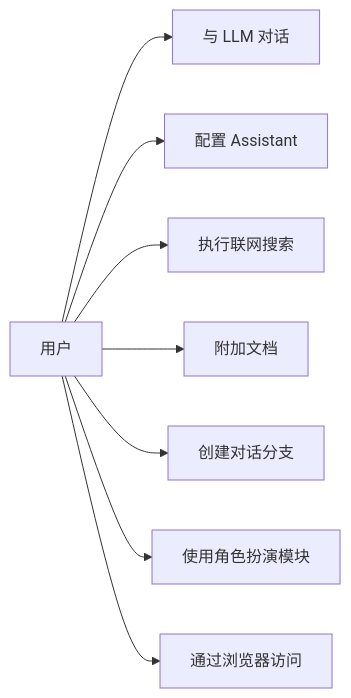
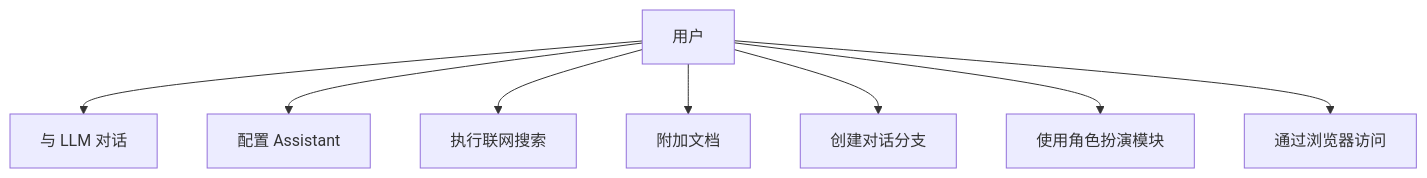
One commit to EterUltimate/EterUee changed the first of 7 diagrams in README_ZH_CN.md. Above: the diagram before and after it, drawn with Mermaid. The commit also changed other lines of this file and 2 other files, not shown here.

Commit message:
docs: make README diagrams GitHub-safe

````diff
--- a/README_ZH_CN.md
+++ b/README_ZH_CN.md
@@ -66,19 +66,19 @@
 ```mermaid
-flowchart LR
-    User["用户"]
-    Chat["与 LLM 对话"]
-    Configure["配置 Assistant"]
-    Search["执行联网搜索"]
-    Parse["附加文档"]
-    Branch["创建对话分支"]
-    Roleplay["使用角色扮演模块"]
-    WebAccess["通过浏览器访问"]
+graph TD
+    User[用户]
+    Chat[与 LLM 对话]
+    Configure[配置 Assistant]
+    Search[执行联网搜索]
+    Parse[附加文档]
+    Branch[创建对话分支]
+    Roleplay[使用角色扮演模块]
+    WebAccess[通过浏览器访问]
 
     User --> Chat
     User --> Configure
     User --> Search
     User --> Parse
     User --> Branch
     User --> Roleplay
     User --> WebAccess
 ```
````
